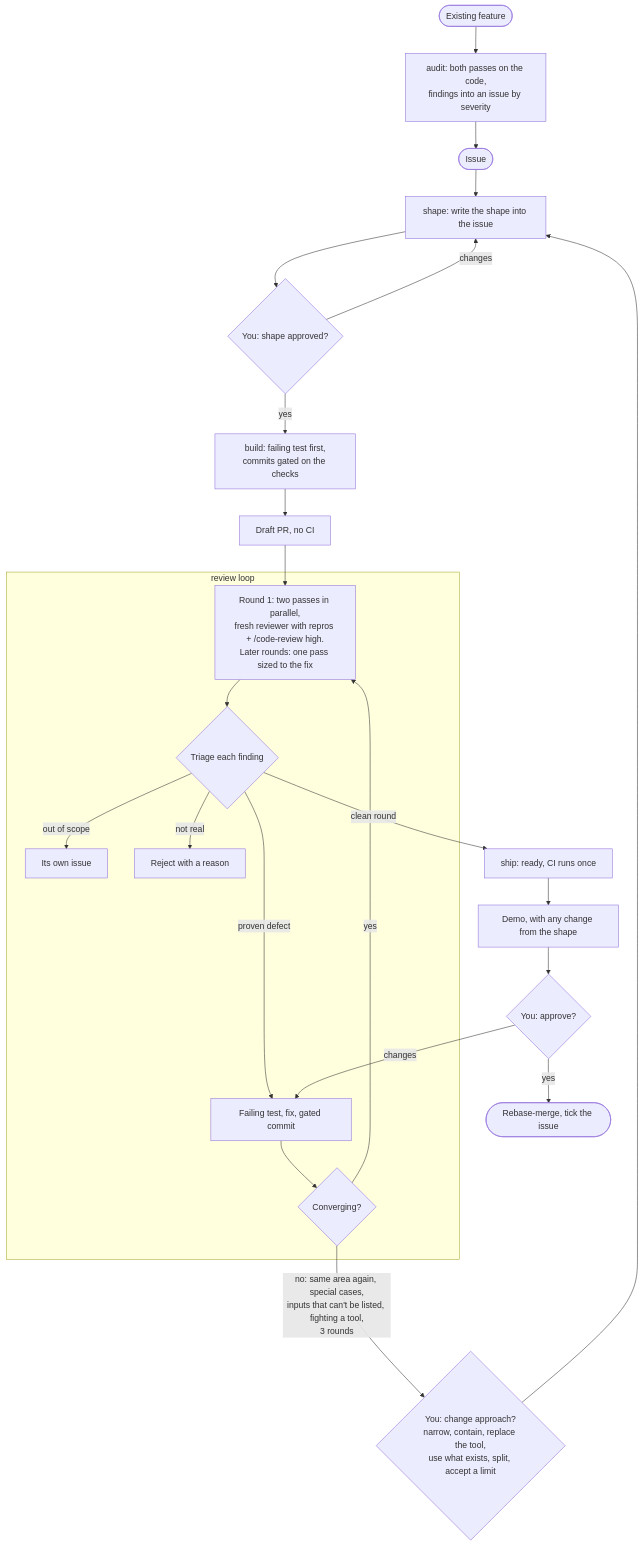
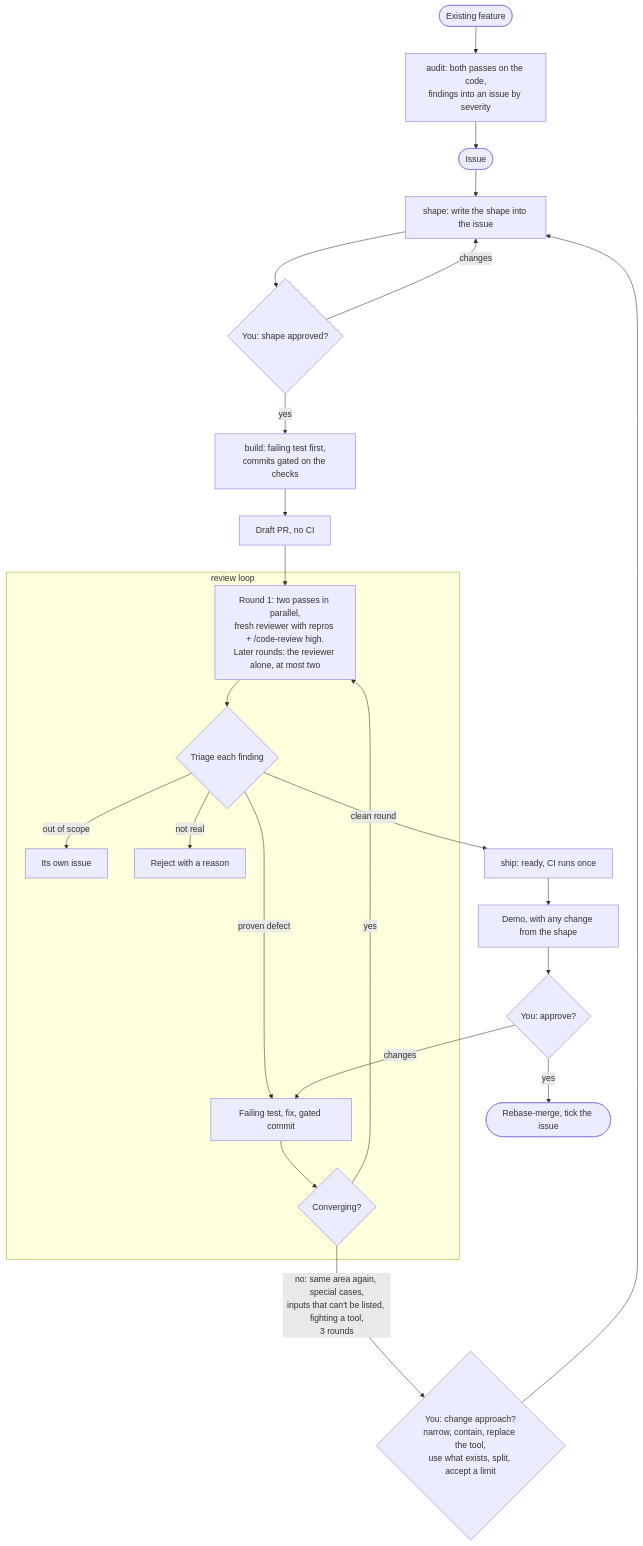
Before and after one commit to SvetHalachev/shape-review-ship: the diagram in README.md, drawn with Mermaid. The commit also changed other lines of this file, not shown here.

Commit message:
docs: the leaner review loop in the README

````diff
--- a/README.md
+++ b/README.md
@@ -23,29 +23,29 @@
 ```mermaid
 flowchart TD
     existing([Existing feature]) --> audit[audit: both passes on the code,<br/>findings into an issue by severity]
     audit --> issue
     issue([Issue]) --> shape[shape: write the shape into the issue]
     shape --> approve1{You: shape approved?}
     approve1 -- changes --> shape
     approve1 -- yes --> build[build: failing test first,<br/>commits gated on the checks]
     build --> draft[Draft PR, no CI]
     draft --> passes
 
     subgraph loop [review loop]
-        passes[Round 1: two passes in parallel,<br/>fresh reviewer with repros + /code-review high.<br/>Later rounds: one pass sized to the fix]
+        passes[Round 1: two passes in parallel,<br/>fresh reviewer with repros + /code-review high.<br/>Later rounds: the reviewer alone, at most two]
         passes --> triage{Triage each finding}
         triage -- proven defect --> fix[Failing test, fix, gated commit]
         triage -- out of scope --> elsewhere[Its own issue]
         triage -- not real --> reject[Reject with a reason]
         fix --> converging{Converging?}
         converging -- yes --> passes
     end
 
     converging -- "no: same area again, special cases,<br/>inputs that can't be listed, fighting a tool,<br/>3 rounds" --> stepback{You: change approach?<br/>narrow, contain, replace the tool,<br/>use what exists, split, accept a limit}
     stepback --> shape
     triage -- clean round --> ready[ship: ready, CI runs once]
     ready --> demo[Demo, with any change from the shape]
     demo --> approve2{You: approve?}
     approve2 -- yes --> merge([Rebase-merge, tick the issue])
     approve2 -- changes --> fix
 ```
````
